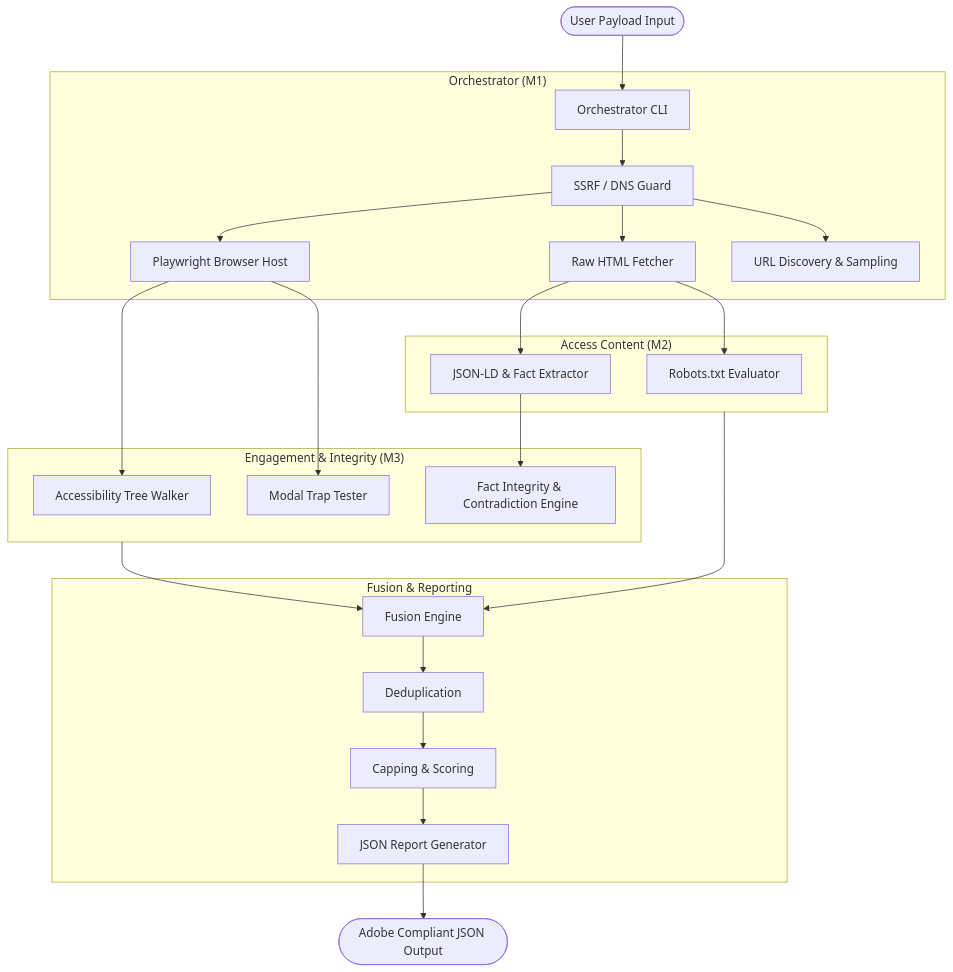
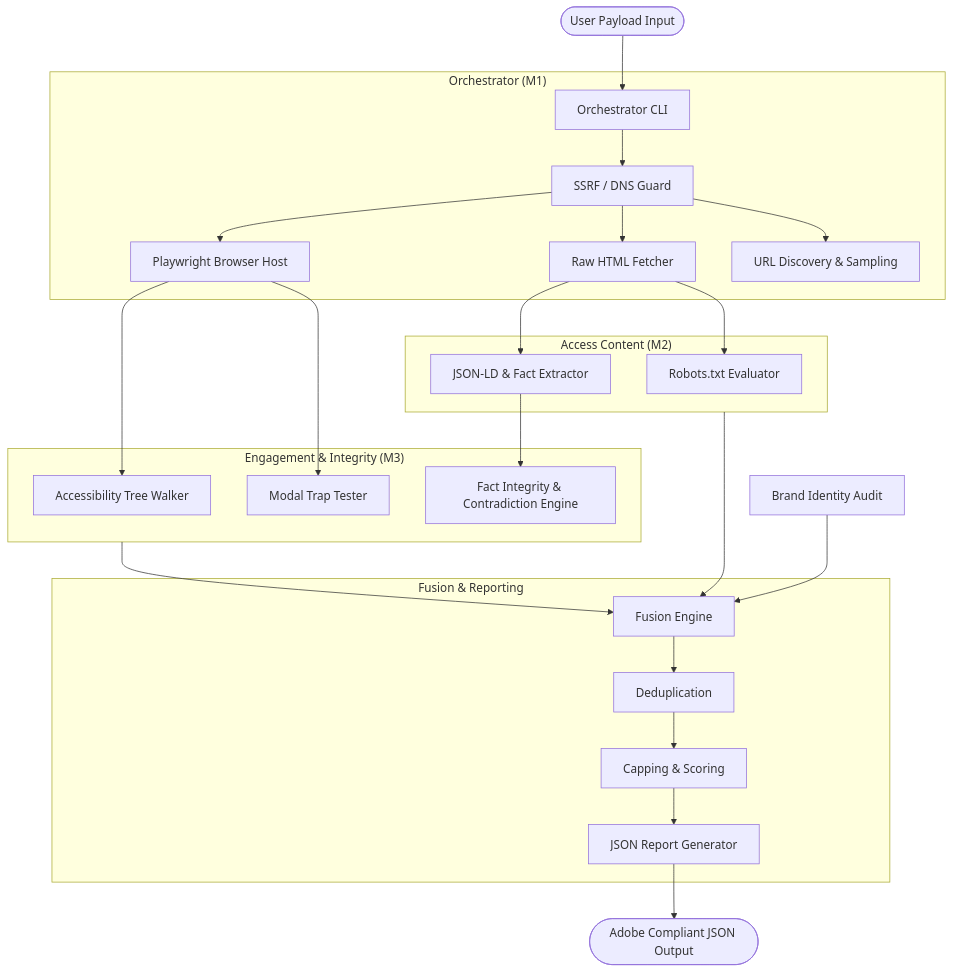
Before and after one commit to KartikSisodia217/Adobe: the diagram in README.md, drawn with Mermaid. The commit also changed other lines of this file and 18 other files, not shown here.

Commit message:
feat: add brand identity and conflicting presence audit

````diff
--- a/README.md
+++ b/README.md
@@ -17,33 +33,34 @@
 ```mermaid
 graph TD
     User(["User Payload Input"]) --> CLI["Orchestrator CLI"]
     
     subgraph M1 ["Orchestrator (M1)"]
         CLI --> SecurityGuard["SSRF / DNS Guard"]
         SecurityGuard --> BrowserHost["Playwright Browser Host"]
         SecurityGuard --> Fetcher["Raw HTML Fetcher"]
         SecurityGuard --> Discovery["URL Discovery & Sampling"]
     end
 
     subgraph M2 ["Access Content (M2)"]
         Fetcher --> Robots["Robots.txt Evaluator"]
         Fetcher --> Extractor["JSON-LD & Fact Extractor"]
     end
 
     subgraph M3 ["Engagement & Integrity (M3)"]
         BrowserHost --> A11yTree["Accessibility Tree Walker"]
         BrowserHost --> FocusTrap["Modal Trap Tester"]
         Extractor --> FactCheck["Fact Integrity & Contradiction Engine"]
     end
 
     M2 --> Fusion["Fusion Engine"]
     M3 --> Fusion
+    Identity["Brand Identity Audit"] --> Fusion
 
     subgraph FusionEngine ["Fusion & Reporting"]
         Fusion --> Dedupe["Deduplication"]
         Dedupe --> Cap["Capping & Scoring"]
         Cap --> Report["JSON Report Generator"]
     end
 
     Report --> FinalJSON(["Adobe Compliant JSON Output"])
 ```
````
